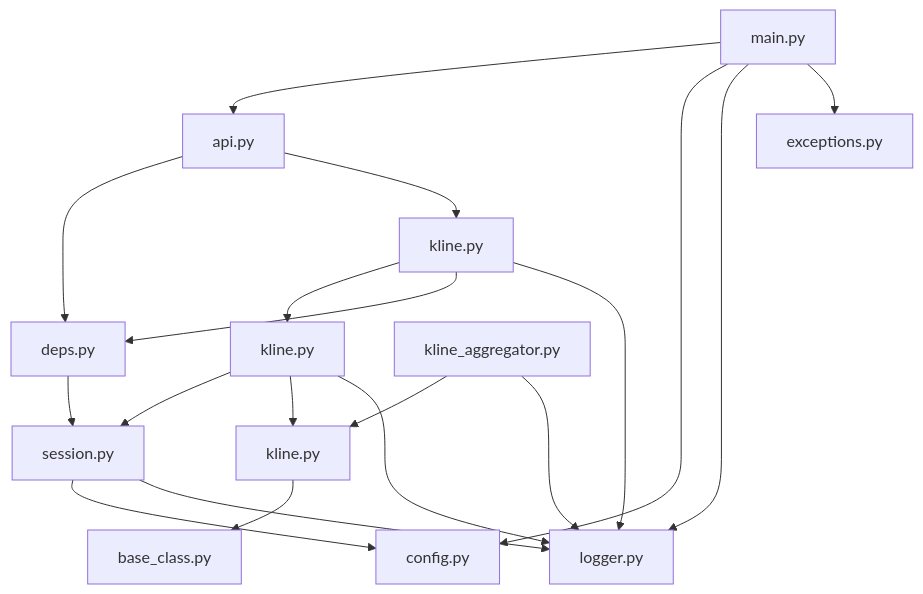
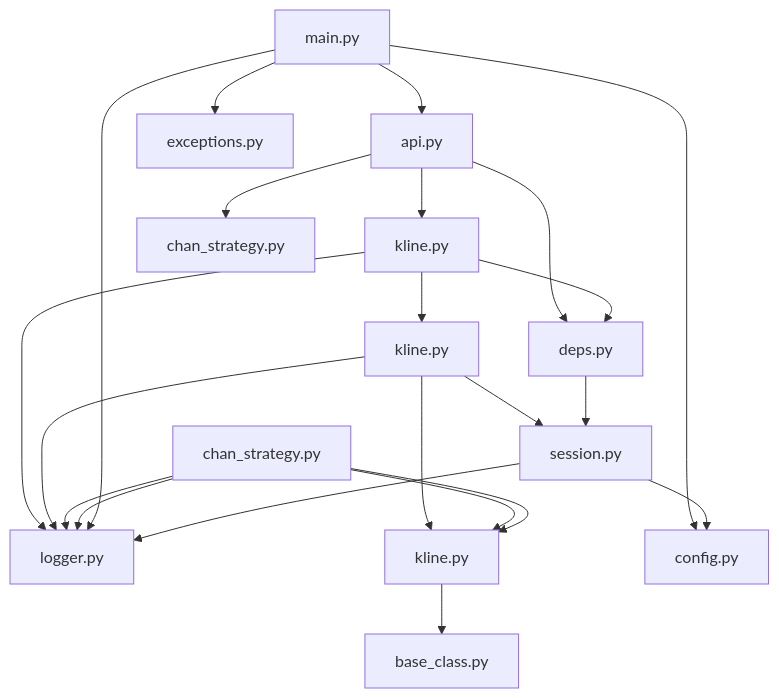
Before and after one commit to yjydmlh/turtle: the ninth of 9 diagrams in .qoder/repowiki/zh/content/后端架构/后端架构.md, drawn with Mermaid. The commit also changed other lines of this file and 21 other files, not shown here.

````diff
--- a/.qoder/repowiki/zh/content/后端架构/后端架构.md
+++ b/.qoder/repowiki/zh/content/后端架构/后端架构.md
@@ -397,21 +462,24 @@
 ```mermaid
 graph TD
 main[main.py] --> api[api.py]
 api --> deps[deps.py]
 api --> kline_endpoint[kline.py]
+api --> chan_strategy_endpoint[chan_strategy.py]
 kline_endpoint --> crud[kline.py]
 kline_endpoint --> deps
 kline_endpoint --> logger[logger.py]
 crud --> session[session.py]
 crud --> model[kline.py]
 crud --> logger
-service[kline_aggregator.py] --> model
+service[kline_aggregator.py] --> model[kline.py]
+service --> logger
+service[chan_strategy.py] --> model[kline.py]
 service --> logger
 deps --> session
 main --> config[config.py]
-main --> logger
+main --> logger[logger.py]
 main --> exceptions[exceptions.py]
 session --> config
 session --> logger
 model --> base_class[base_class.py]
 ```
````
